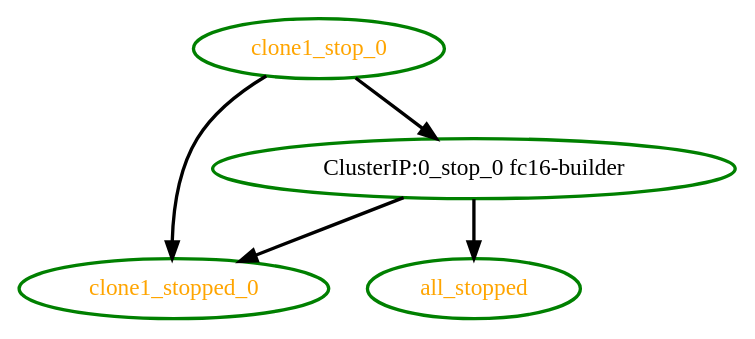
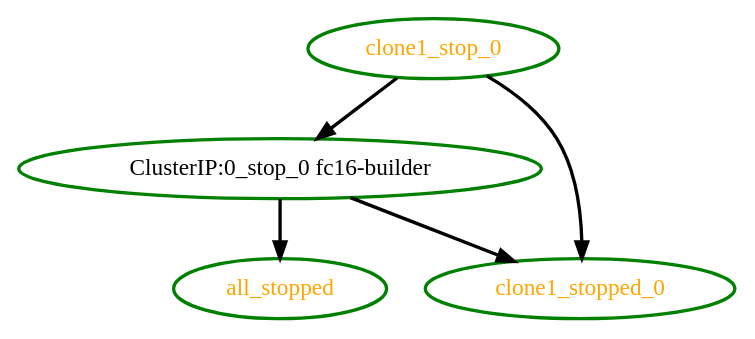
One commit to ClusterLabs/pacemaker changed the diagram in pengine/test10/bug-1514-CLONE-A-stop-B-started.dot. Above: the diagram before and after it, drawn with Graphviz. The commit also changed 10 other files, not shown here.

```diff
--- a/pengine/test10/bug-1514-CLONE-A-stop-B-started.dot
+++ b/pengine/test10/bug-1514-CLONE-A-stop-B-started.dot
@@ -1,10 +1,10 @@
- digraph "g" {
-"clone1_stopped_0" [ style=bold color="green" fontcolor="orange"]
-"clone1_stop_0" [ style=bold color="green" fontcolor="orange"]
+digraph "g" {
+"ClusterIP:0_stop_0 fc16-builder" -> "all_stopped" [ style = bold]
+"ClusterIP:0_stop_0 fc16-builder" -> "clone1_stopped_0" [ style = bold]
 "ClusterIP:0_stop_0 fc16-builder" [ style=bold color="green" fontcolor="black"]
 "all_stopped" [ style=bold color="green" fontcolor="orange"]
-"ClusterIP:0_stop_0 fc16-builder" -> "clone1_stopped_0" [ style = bold]
+"clone1_stop_0" -> "ClusterIP:0_stop_0 fc16-builder" [ style = bold]
 "clone1_stop_0" -> "clone1_stopped_0" [ style = bold]
-"clone1_stop_0" -> "ClusterIP:0_stop_0 fc16-builder" [ style = bold]
-"ClusterIP:0_stop_0 fc16-builder" -> "all_stopped" [ style = bold]
+"clone1_stop_0" [ style=bold color="green" fontcolor="orange"]
+"clone1_stopped_0" [ style=bold color="green" fontcolor="orange"]
 }
```
